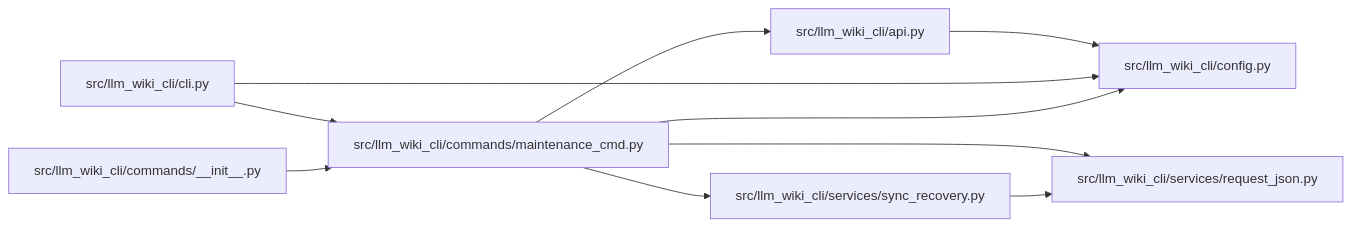
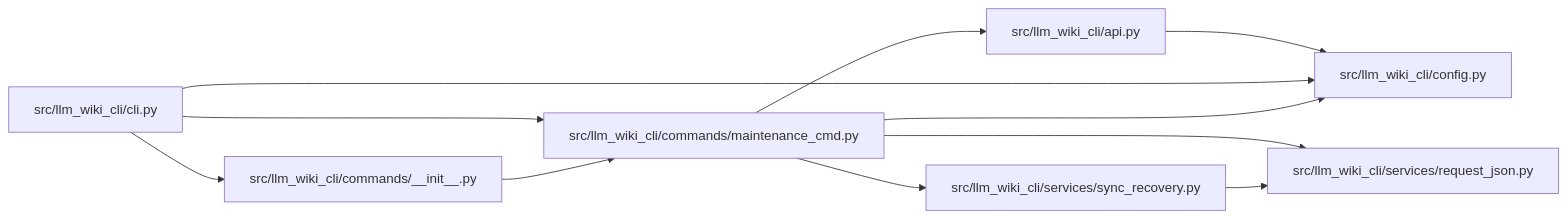
One commit to Denissvgn/python-wiki-llm changed the diagram in docs/llm_wiki/modules/maintenance_cmd.md. Above: the diagram before and after it, drawn with Mermaid. The commit also changed 1555 other files, not shown here.

````diff
--- a/docs/llm_wiki/modules/maintenance_cmd.md
+++ b/docs/llm_wiki/modules/maintenance_cmd.md
@@ -30,26 +30,27 @@
 ```mermaid
 flowchart LR
     n0["src/llm_wiki_cli/api.py"]
     n1["src/llm_wiki_cli/cli.py"]
     n2["src/llm_wiki_cli/commands/__init__.py"]
     n3["src/llm_wiki_cli/commands/maintenance_cmd.py"]
     n4["src/llm_wiki_cli/config.py"]
     n5["src/llm_wiki_cli/services/request_json.py"]
     n6["src/llm_wiki_cli/services/sync_recovery.py"]
     n0 --> n4
+    n1 --> n2
     n1 --> n3
     n1 --> n4
     n2 --> n3
     n3 --> n0
     n3 --> n4
     n3 --> n5
     n3 --> n6
     n6 --> n5
     click n0 "../modules/api.md"
     click n1 "../modules/cli.md"
     click n2 "../modules/commands___init__.md"
     click n3 "../modules/maintenance_cmd.md"
     click n4 "../modules/config.md"
     click n5 "../modules/request_json.md"
     click n6 "../modules/sync_recovery.md"
 ```
````
